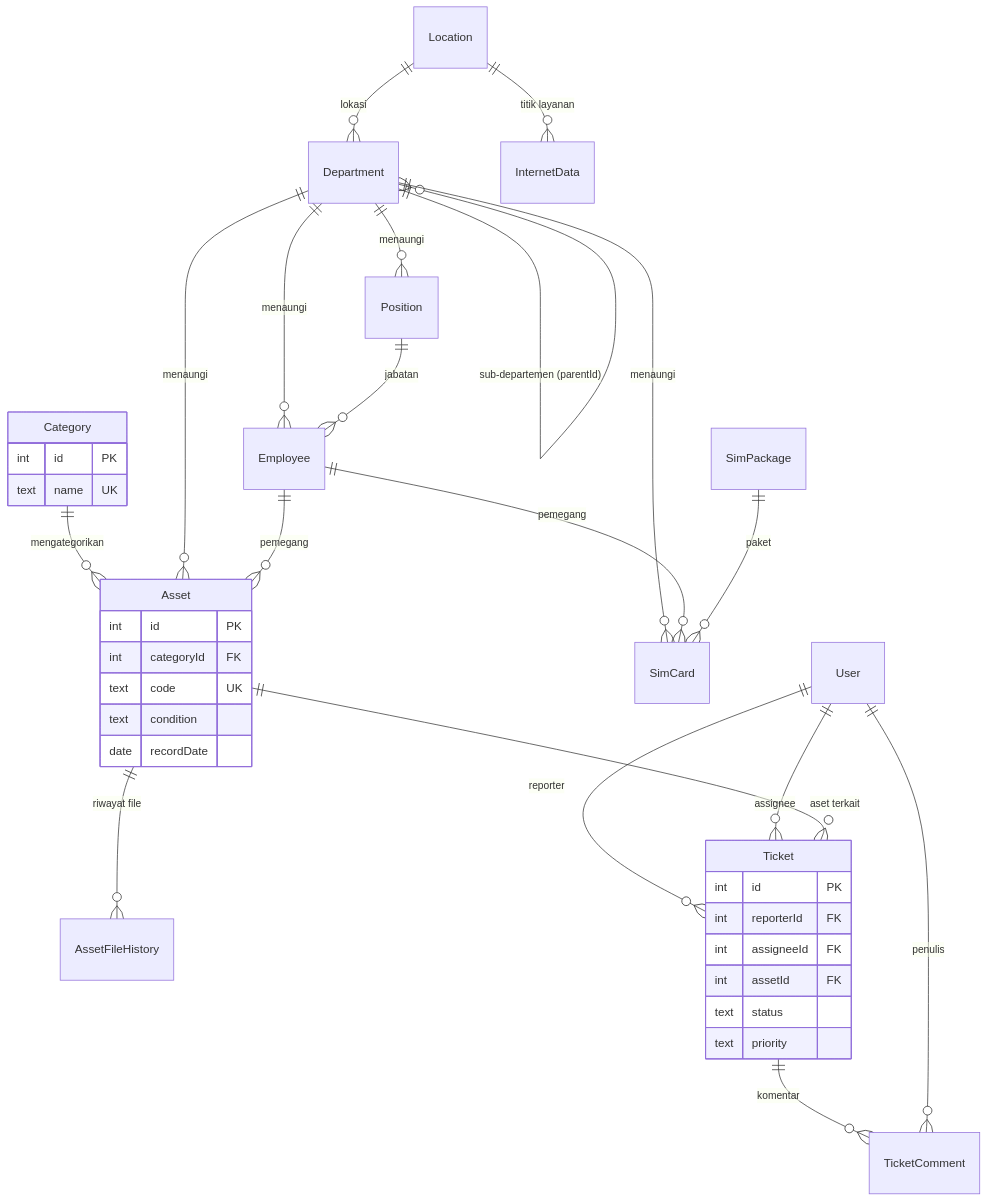
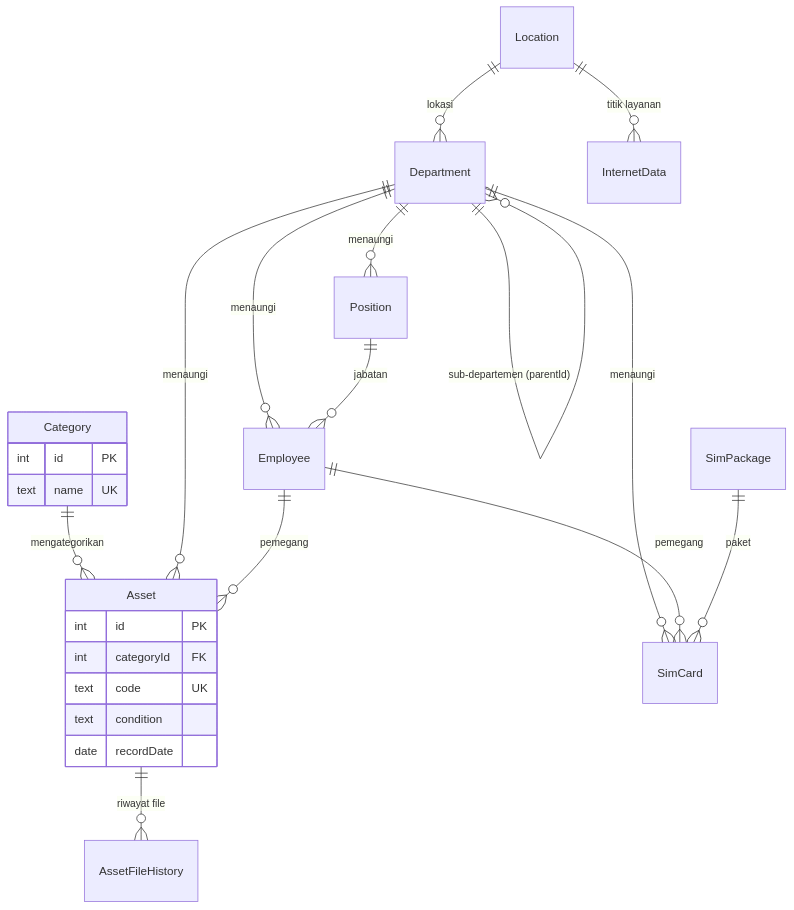
Before and after one commit to syidiqoo/it-asset-management-v2: the diagram in app-helpdesk/docs/DATABASE.md, drawn with Mermaid. The commit also changed other lines of this file and 14 other files, not shown here.

````diff
--- a/app-helpdesk/docs/DATABASE.md
+++ b/app-helpdesk/docs/DATABASE.md
@@ -52,41 +50,28 @@
 ```mermaid
 erDiagram
     Category  ||--o{ Asset : mengategorikan
     Department ||--o{ Department : "sub-departemen (parentId)"
     Location  ||--o{ Department : "lokasi"
     Department ||--o{ Position : "menaungi"
     Department ||--o{ Employee : "menaungi"
     Department ||--o{ Asset : "menaungi"
     Department ||--o{ SimCard : "menaungi"
     Position  ||--o{ Employee : "jabatan"
     Employee  ||--o{ Asset : "pemegang"
     Employee  ||--o{ SimCard : "pemegang"
     Asset     ||--o{ AssetFileHistory : "riwayat file"
     Location  ||--o{ InternetData : "titik layanan"
     SimPackage ||--o{ SimCard : "paket"
-    User      ||--o{ Ticket : "reporter"
-    User      ||--o{ Ticket : "assignee"
-    Ticket    ||--o{ TicketComment : "komentar"
-    Asset     ||--o{ Ticket : "aset terkait"
-    User      ||--o{ TicketComment : "penulis"
 
     Category {
         int id PK
         text name UK
     }
     Asset {
         int id PK
         int categoryId FK
         text code UK
         text condition
         date recordDate
     }
-    Ticket {
-        int id PK
-        int reporterId FK
-        int assigneeId FK
-        int assetId FK
-        text status
-        text priority
-    }
 ```
````
